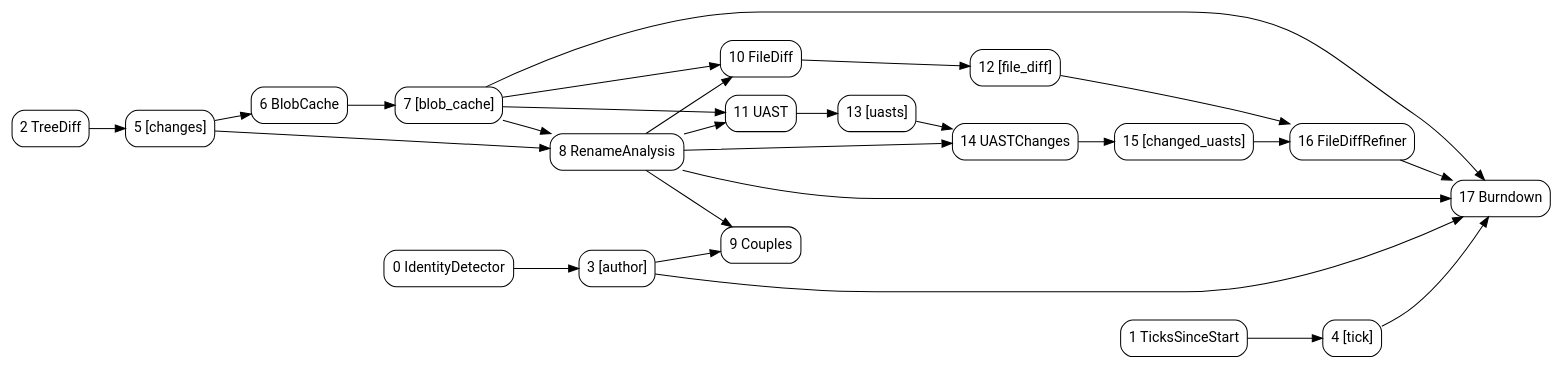
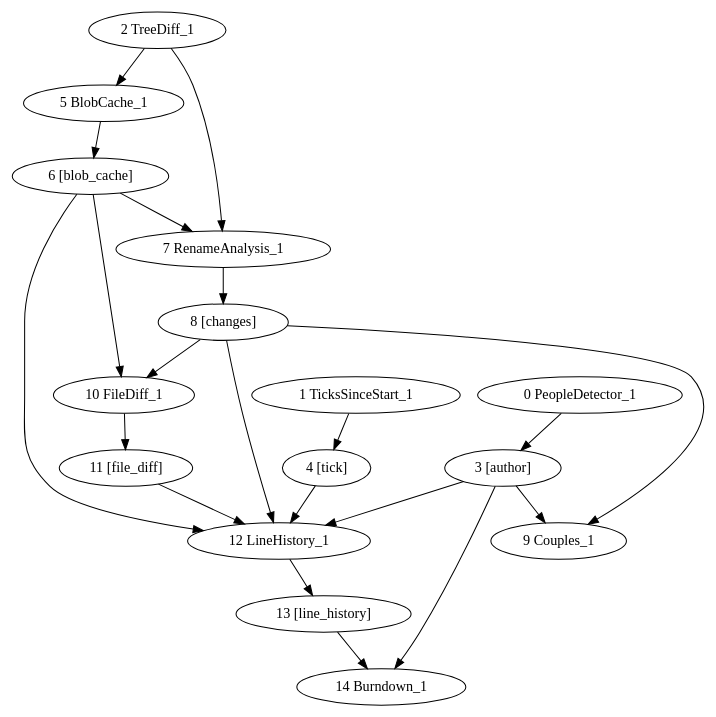
Before and after one commit to CWBudde/hercules: the diagram in doc/dag.dot, drawn with Graphviz. The commit also changed 7 other files, not shown here.

```diff
--- a/doc/dag.dot
+++ b/doc/dag.dot
@@ -1,30 +1,22 @@
 digraph Hercules {
-  rankdir="LR"
-  node [fontname="Roboto", shape=box, style=rounded]
-
-  "6 BlobCache" -> "7 [blob_cache]"
-  "10 FileDiff" -> "12 [file_diff]"
-  "16 FileDiffRefiner" -> "17 Burndown"
-  "0 IdentityDetector" -> "3 [author]"
-  "8 RenameAnalysis" -> "17 Burndown"
-  "8 RenameAnalysis" -> "9 Couples"
-  "8 RenameAnalysis" -> "10 FileDiff"
-  "8 RenameAnalysis" -> "11 UAST"
-  "8 RenameAnalysis" -> "14 UASTChanges"
-  "1 TicksSinceStart" -> "4 [tick]"
-  "2 TreeDiff" -> "5 [changes]"
-  "11 UAST" -> "13 [uasts]"
-  "14 UASTChanges" -> "15 [changed_uasts]"
-  "3 [author]" -> "17 Burndown"
-  "3 [author]" -> "9 Couples"
-  "7 [blob_cache]" -> "17 Burndown"
-  "7 [blob_cache]" -> "10 FileDiff"
-  "7 [blob_cache]" -> "8 RenameAnalysis"
-  "7 [blob_cache]" -> "11 UAST"
-  "15 [changed_uasts]" -> "16 FileDiffRefiner"
-  "5 [changes]" -> "6 BlobCache"
-  "5 [changes]" -> "8 RenameAnalysis"
-  "12 [file_diff]" -> "16 FileDiffRefiner"
-  "4 [tick]" -> "17 Burndown"
-  "13 [uasts]" -> "14 UASTChanges"
+  "5 BlobCache_1" -> "6 [blob_cache]"
+  "8 [changes]" -> "9 Couples_1"
+  "8 [changes]" -> "10 FileDiff_1"
+  "8 [changes]" -> "12 LineHistory_1"
+  "6 [blob_cache]" -> "10 FileDiff_1"
+  "6 [blob_cache]" -> "12 LineHistory_1"
+  "6 [blob_cache]" -> "7 RenameAnalysis_1"
+  "13 [line_history]" -> "14 Burndown_1"
+  "3 [author]" -> "14 Burndown_1"
+  "3 [author]" -> "9 Couples_1"
+  "3 [author]" -> "12 LineHistory_1"
+  "10 FileDiff_1" -> "11 [file_diff]"
+  "11 [file_diff]" -> "12 LineHistory_1"
+  "12 LineHistory_1" -> "13 [line_history]"
+  "4 [tick]" -> "12 LineHistory_1"
+  "0 PeopleDetector_1" -> "3 [author]"
+  "7 RenameAnalysis_1" -> "8 [changes]"
+  "1 TicksSinceStart_1" -> "4 [tick]"
+  "2 TreeDiff_1" -> "5 BlobCache_1"
+  "2 TreeDiff_1" -> "7 RenameAnalysis_1"
 }
```
